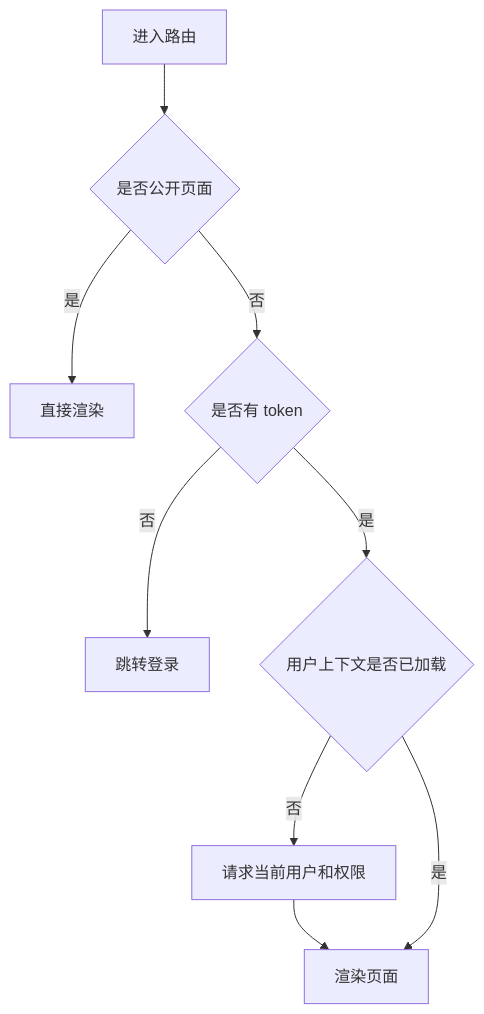
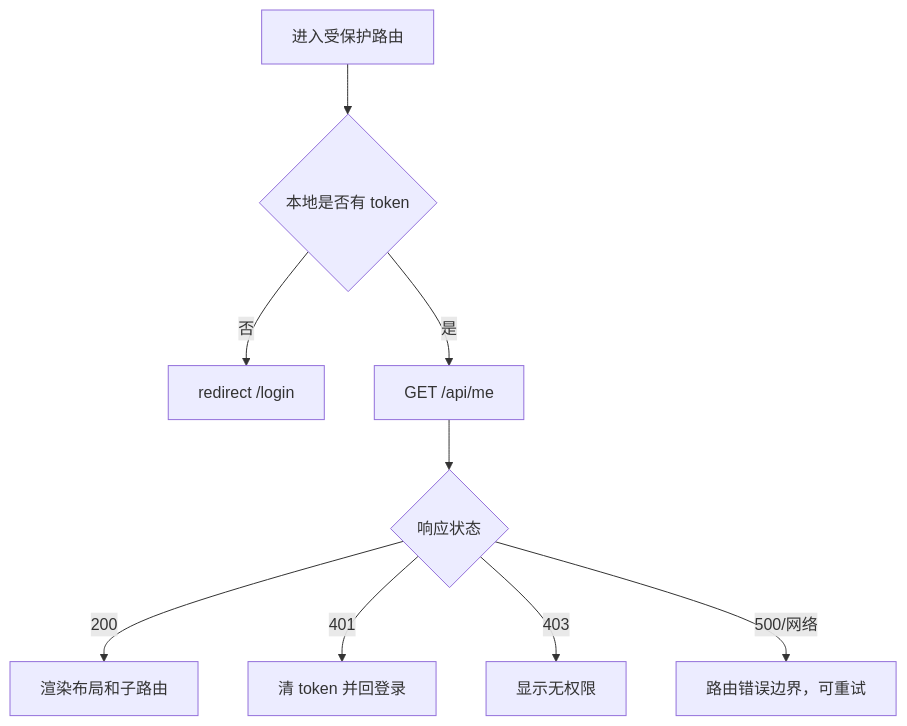
The third of 5 diagrams in docs/react/project-admin.md (yokry-he/yok-study-web), drawn with Mermaid before and after one commit. The commit also changed other lines of this file and 14 other files, not shown here.

````diff
--- a/docs/react/project-admin.md
+++ b/docs/react/project-admin.md
@@ -158,11 +813,11 @@
 ```mermaid
 flowchart TD
-  A[进入路由] --> B{是否公开页面}
-  B -- 是 --> C[直接渲染]
-  B -- 否 --> D{是否有 token}
-  D -- 否 --> E[跳转登录]
-  D -- 是 --> F{用户上下文是否已加载}
-  F -- 否 --> G[请求当前用户和权限]
-  G --> H[渲染页面]
-  F -- 是 --> H
+  A["进入受保护路由"] --> B{"本地是否有 token"}
+  B -- "否" --> C["redirect /login"]
+  B -- "是" --> D["GET /api/me"]
+  D --> E{"响应状态"}
+  E -- "200" --> F["渲染布局和子路由"]
+  E -- "401" --> G["清 token 并回登录"]
+  E -- "403" --> H["显示无权限"]
+  E -- "500/网络" --> I["路由错误边界，可重试"]
 ```
````
